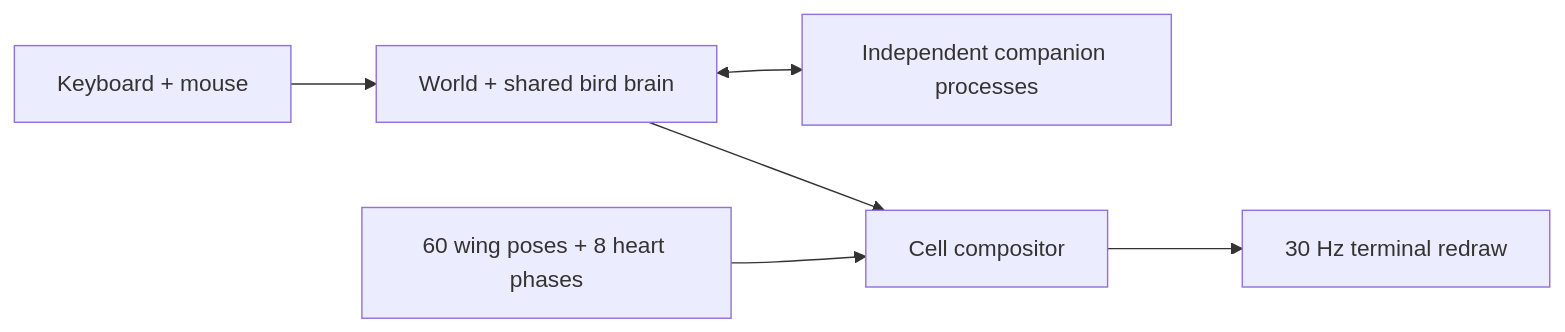
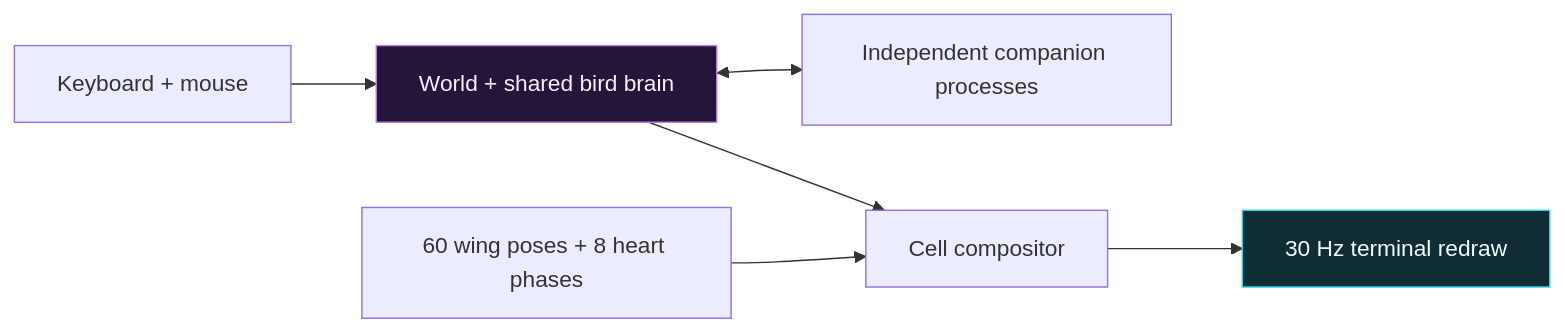
The first of 2 diagrams in README.md (fire17/humming-bird), drawn with Mermaid before and after one commit. The commit also changed other lines of this file and 2 other files, not shown here.

````diff
--- a/README.md
+++ b/README.md
@@ -92,8 +102,10 @@
 ```mermaid
 flowchart LR
   Input[Keyboard + mouse] --> World[World + shared bird brain]
   World <--> Workers[Independent companion processes]
   Assets[60 wing poses + 8 heart phases] --> Scene[Cell compositor]
   World --> Scene
   Scene --> Terminal[30 Hz terminal redraw]
+  style World fill:#231638,stroke:#bc7deb,color:#f7f0ff
+  style Terminal fill:#102c35,stroke:#22d3ee,color:#efffff
 ```
````
